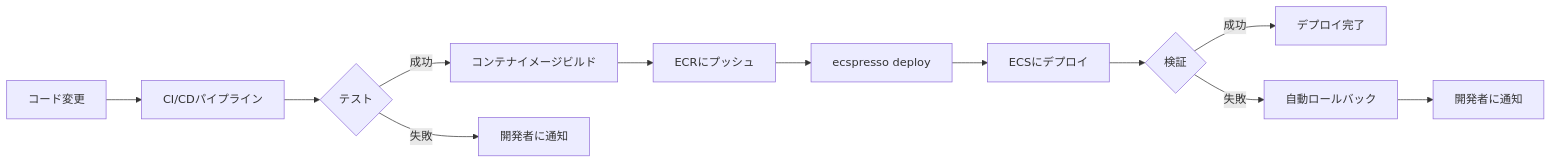
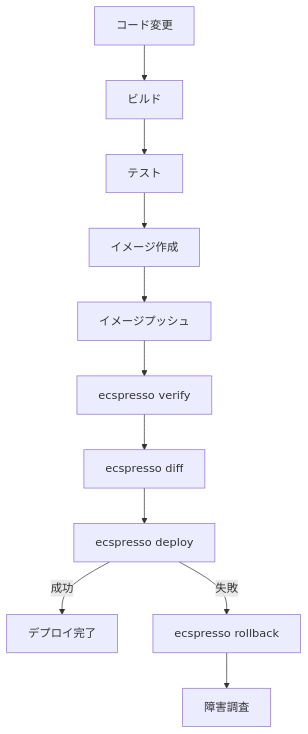
Before and after one commit to bufferings/devin-docs: the diagram in ecspresso/practical/cicd.md, drawn with Mermaid. The commit also changed other lines of this file and 12 other files, not shown here.

````diff
--- a/ecspresso/practical/cicd.md
+++ b/ecspresso/practical/cicd.md
@@ -135,14 +209,13 @@
 ```mermaid
-graph LR
-    A[コード変更] --> B[CI/CDパイプライン]
-    B --> C{テスト}
-    C -->|成功| D[コンテナイメージビルド]
-    C -->|失敗| E[開発者に通知]
-    D --> F[ECRにプッシュ]
-    F --> G[ecspresso deploy]
-    G --> H[ECSにデプロイ]
-    H --> I{検証}
-    I -->|成功| J[デプロイ完了]
-    I -->|失敗| K[自動ロールバック]
-    K --> L[開発者に通知]
+graph TD
+  A[コード変更] --> B[ビルド]
+  B --> C[テスト]
+  C --> D[イメージ作成]
+  D --> E[イメージプッシュ]
+  E --> F[ecspresso verify]
+  F --> G[ecspresso diff]
+  G --> H[ecspresso deploy]
+  H -->|成功| I[デプロイ完了]
+  H -->|失敗| J[ecspresso rollback]
+  J --> K[障害調査]
 ```
````
